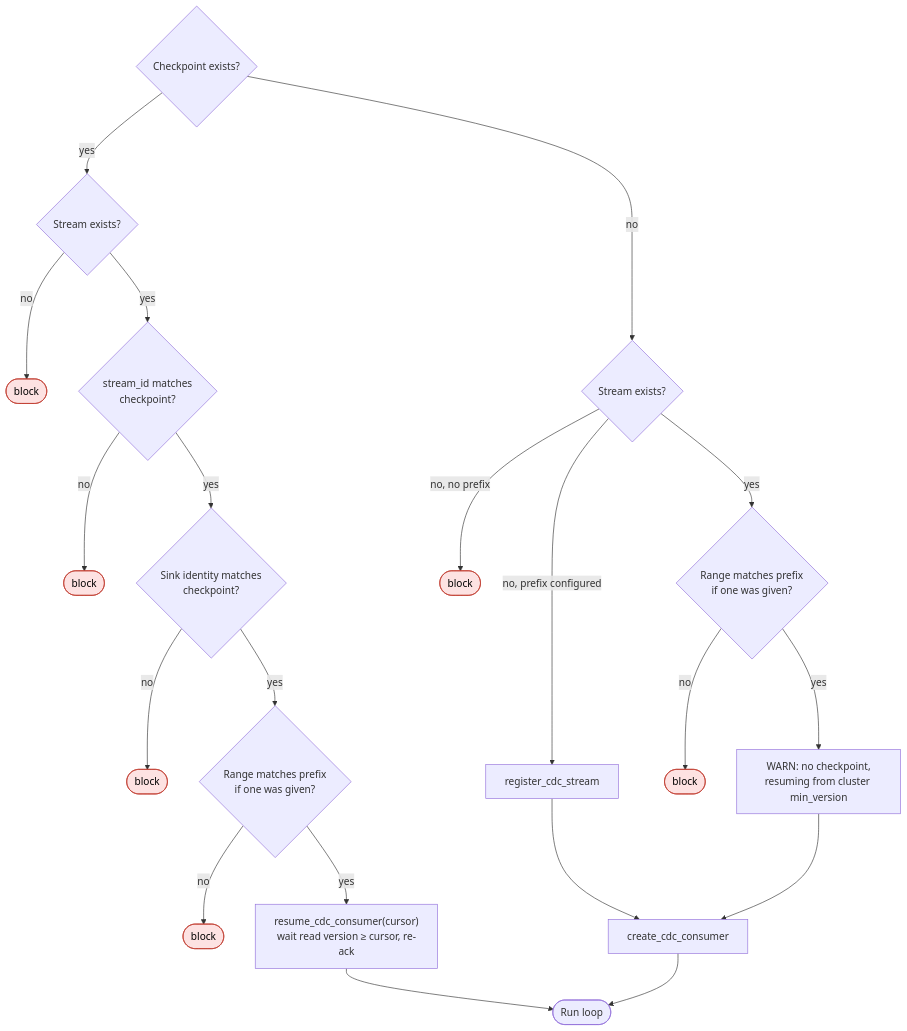
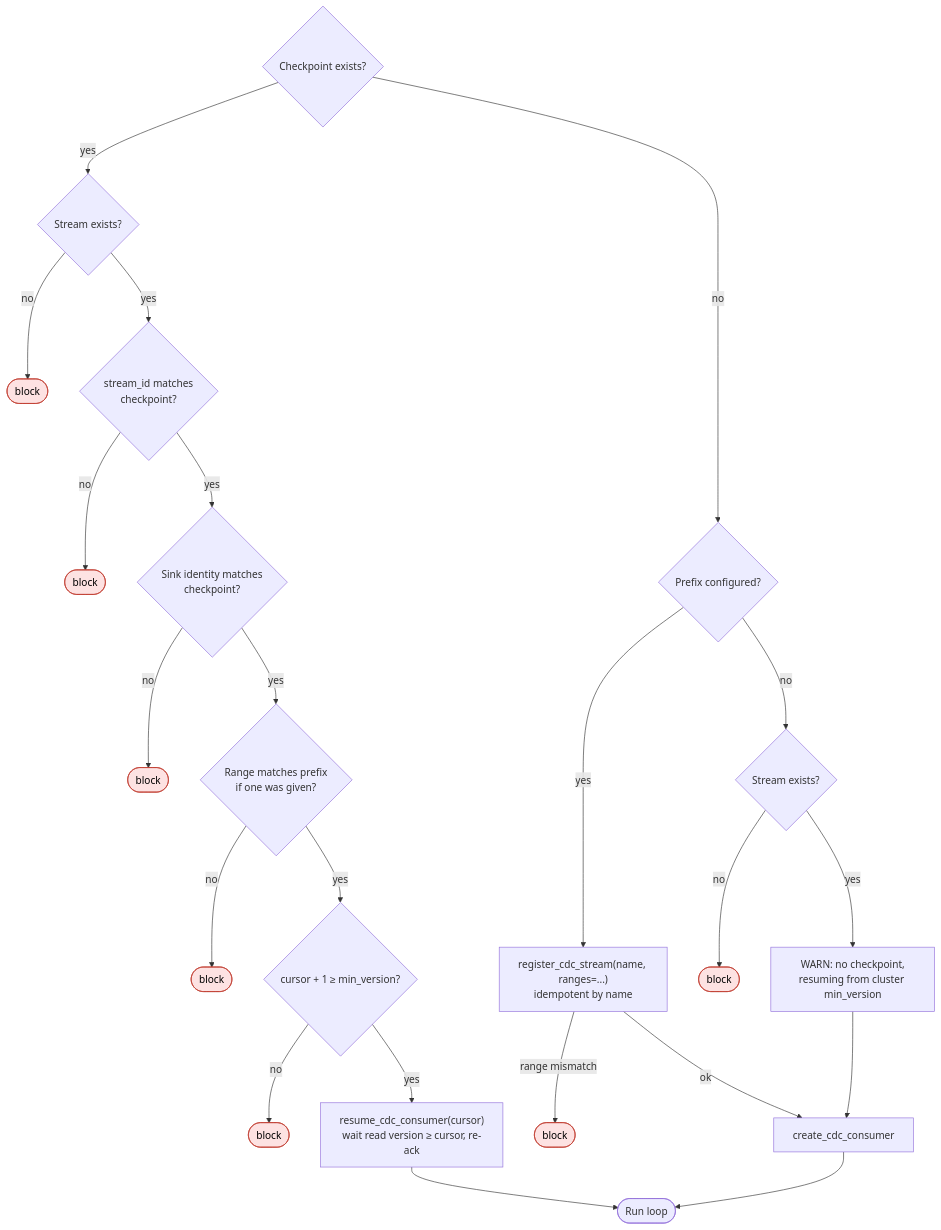
The second of 3 diagrams in docs/CHECKPOINT-SPEC.md (Ronitsabhaya75/Kafka-FDB-Streamline), drawn with Mermaid before and after one commit. The commit also changed other lines of this file and 1 other file, not shown here.

Commit message:
sync with main and work through a few issues with the checkpoint spec

````diff
--- a/docs/CHECKPOINT-SPEC.md
+++ b/docs/CHECKPOINT-SPEC.md
@@ -217,29 +238,31 @@
 ```mermaid
 flowchart TD
     HAS{"Checkpoint exists?"}
 
     HAS -- yes --> CEX{"Stream exists?"}
     CEX -- no --> B2(["block"])
     CEX -- yes --> SID{"stream_id matches<br/>checkpoint?"}
     SID -- no --> B3(["block"])
     SID -- yes --> SNK{"Sink identity matches<br/>checkpoint?"}
     SNK -- no --> B7(["block"])
     SNK -- yes --> RNG2{"Range matches prefix<br/>if one was given?"}
     RNG2 -- no --> B4(["block"])
-    RNG2 -- yes --> RES["resume_cdc_consumer(cursor)<br/>wait read version ≥ cursor, re-ack"]
+    RNG2 -- yes --> ACKD{"cursor + 1 ≥ min_version?"}
+    ACKD -- no --> B8(["block"])
+    ACKD -- yes --> RES["resume_cdc_consumer(cursor)<br/>wait read version ≥ cursor, re-ack"]
 
-    HAS -- no --> SEX{"Stream exists?"}
-    SEX -- "no, no prefix" --> B5(["block"])
-    SEX -- "no, prefix configured" --> REG["register_cdc_stream"]
-    SEX -- yes --> RNG1{"Range matches prefix<br/>if one was given?"}
-    RNG1 -- no --> B6(["block"])
-    RNG1 -- yes --> WARN["WARN: no checkpoint,<br/>resuming from cluster min_version"]
-    REG --> FRESH["create_cdc_consumer"]
+    HAS -- no --> PFX{"Prefix configured?"}
+    PFX -- yes --> REG["register_cdc_stream(name, ranges=...)<br/>idempotent by name"]
+    REG -- "range mismatch" --> B6(["block"])
+    REG -- ok --> FRESH["create_cdc_consumer"]
+    PFX -- no --> SEX{"Stream exists?"}
+    SEX -- no --> B5(["block"])
+    SEX -- yes --> WARN["WARN: no checkpoint,<br/>resuming from cluster min_version"]
     WARN --> FRESH
 
     RES --> LOOP(["Run loop"])
     FRESH --> LOOP
 
     classDef fatal fill:#fde2e2,stroke:#c0392b,color:#000
-    class B2,B3,B4,B5,B6,B7 fatal
+    class B2,B3,B4,B5,B6,B7,B8 fatal
 ```
````
